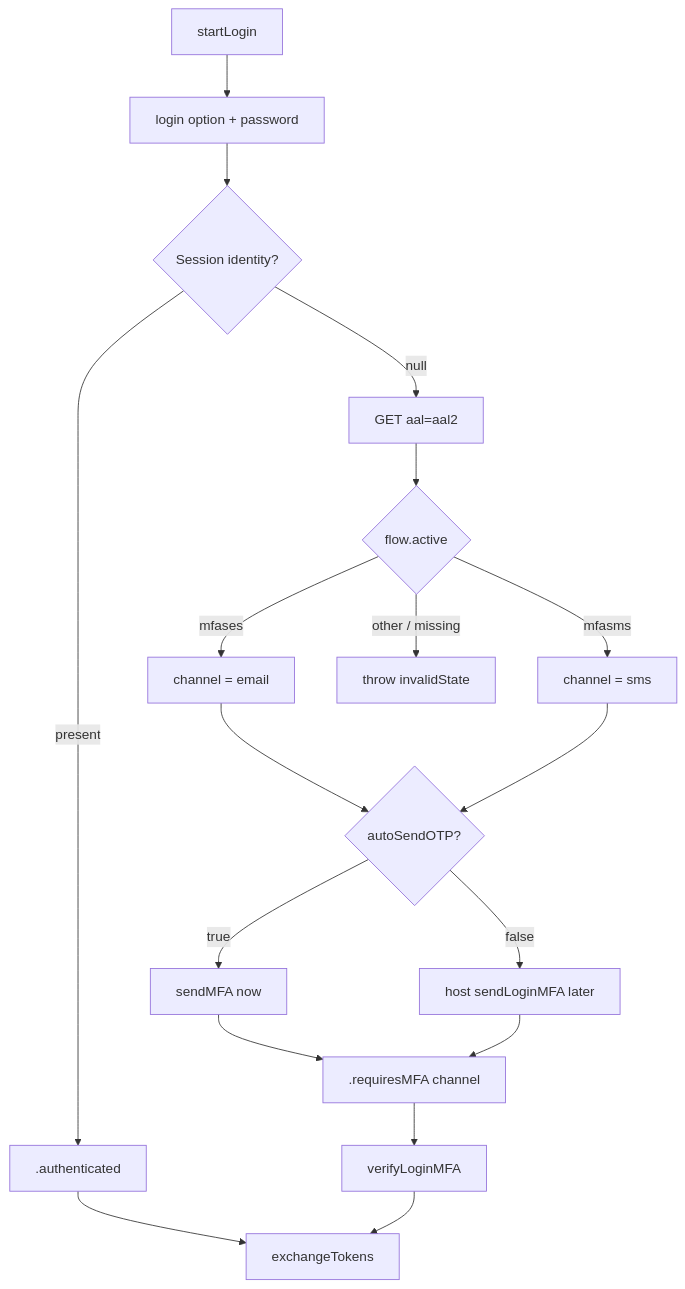
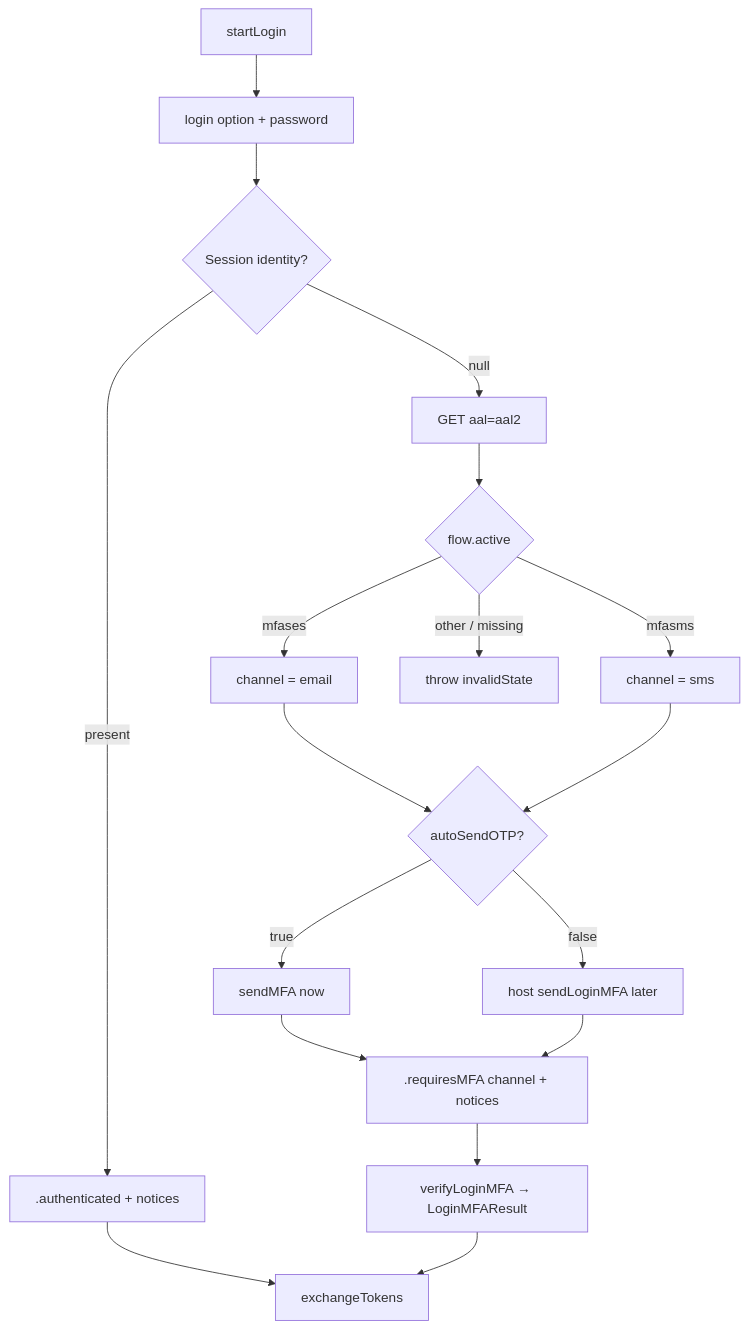
Before and after one commit to Jamisyed/MeeraAuth: the diagram in Docs/services/login.md, drawn with Mermaid. The commit also changed other lines of this file and 9 other files, not shown here.

````diff
--- a/Docs/services/login.md
+++ b/Docs/services/login.md
@@ -63,20 +75,20 @@
 ```mermaid
 flowchart TD
   A[startLogin] --> B[login option + password]
   B --> C{Session identity?}
-  C -->|present| D[.authenticated]
+  C -->|present| D[.authenticated + notices]
   D --> E[exchangeTokens]
   C -->|null| F[GET aal=aal2]
   F --> G{flow.active}
   G -->|mfases| H[channel = email]
   G -->|mfasms| I[channel = sms]
   G -->|other / missing| J[throw invalidState]
   H --> K{autoSendOTP?}
   I --> K
   K -->|true| L[sendMFA now]
   K -->|false| M[host sendLoginMFA later]
-  L --> N[.requiresMFA channel]
+  L --> N[.requiresMFA channel + notices]
   M --> N
-  N --> O[verifyLoginMFA]
+  N --> O[verifyLoginMFA → LoginMFAResult]
   O --> E
 ```
````
